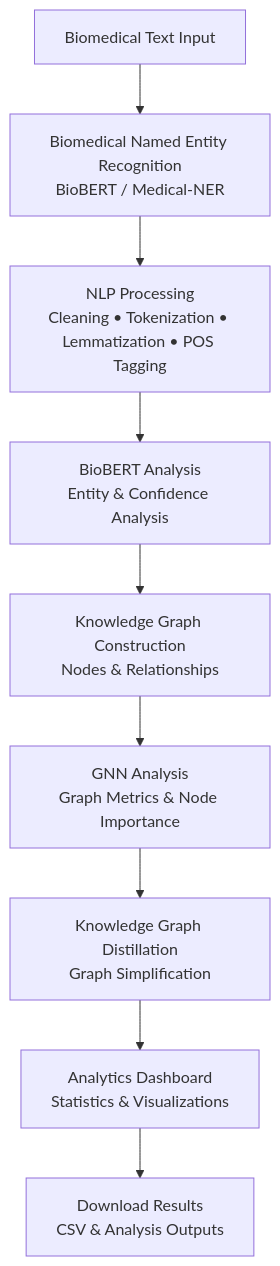
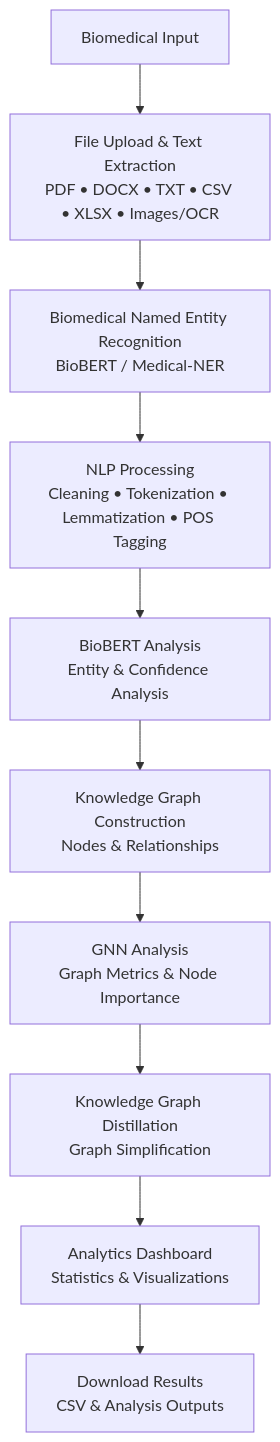
Before and after one commit to omhunagund/KoGNER-Project: the diagram in README.md, drawn with Mermaid. The commit also changed other lines of this file and 1 other file, not shown here.

Commit message:
Update README for biomedical file upload

````diff
--- a/README.md
+++ b/README.md
@@ -95,30 +112,33 @@
 ```mermaid
 flowchart TD
 
-    A[Biomedical Text Input]
+    A[Biomedical Input]
 
-    B[Biomedical Named Entity Recognition<br/>BioBERT / Medical-NER]
+    B[File Upload & Text Extraction<br/>PDF • DOCX • TXT • CSV • XLSX • Images/OCR]
 
-    C[NLP Processing<br/>Cleaning • Tokenization • Lemmatization • POS Tagging]
+    C[Biomedical Named Entity Recognition<br/>BioBERT / Medical-NER]
 
-    D[BioBERT Analysis<br/>Entity & Confidence Analysis]
+    D[NLP Processing<br/>Cleaning • Tokenization • Lemmatization • POS Tagging]
 
-    E[Knowledge Graph Construction<br/>Nodes & Relationships]
+    E[BioBERT Analysis<br/>Entity & Confidence Analysis]
 
-    F[GNN Analysis<br/>Graph Metrics & Node Importance]
+    F[Knowledge Graph Construction<br/>Nodes & Relationships]
 
-    G[Knowledge Graph Distillation<br/>Graph Simplification]
+    G[GNN Analysis<br/>Graph Metrics & Node Importance]
 
-    H[Analytics Dashboard<br/>Statistics & Visualizations]
+    H[Knowledge Graph Distillation<br/>Graph Simplification]
 
-    I[Download Results<br/>CSV & Analysis Outputs]
+    I[Analytics Dashboard<br/>Statistics & Visualizations]
+
+    J[Download Results<br/>CSV & Analysis Outputs]
 
     A --> B
     B --> C
     C --> D
     D --> E
     E --> F
     F --> G
     G --> H
     H --> I
+    I --> J
 ```
````
